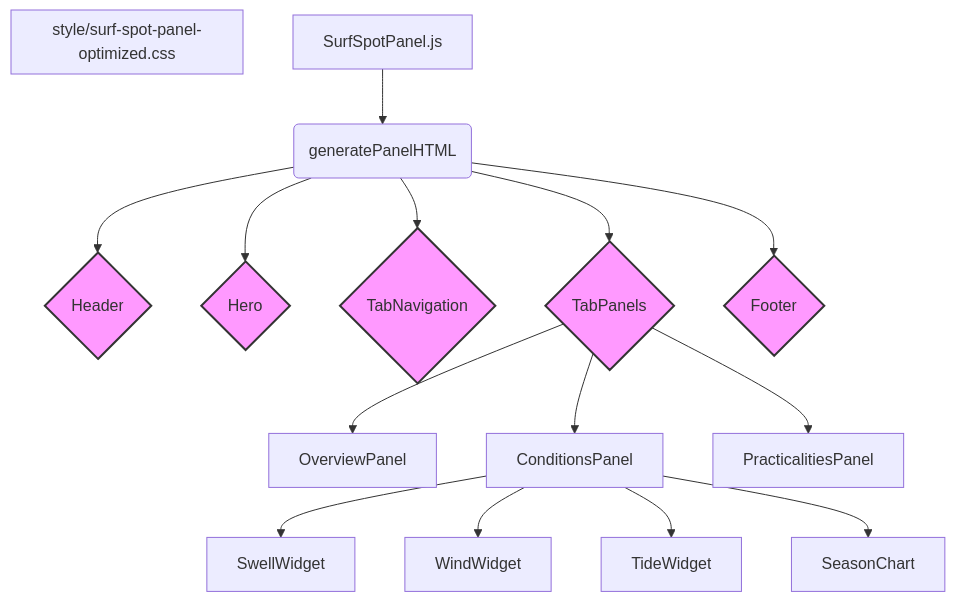
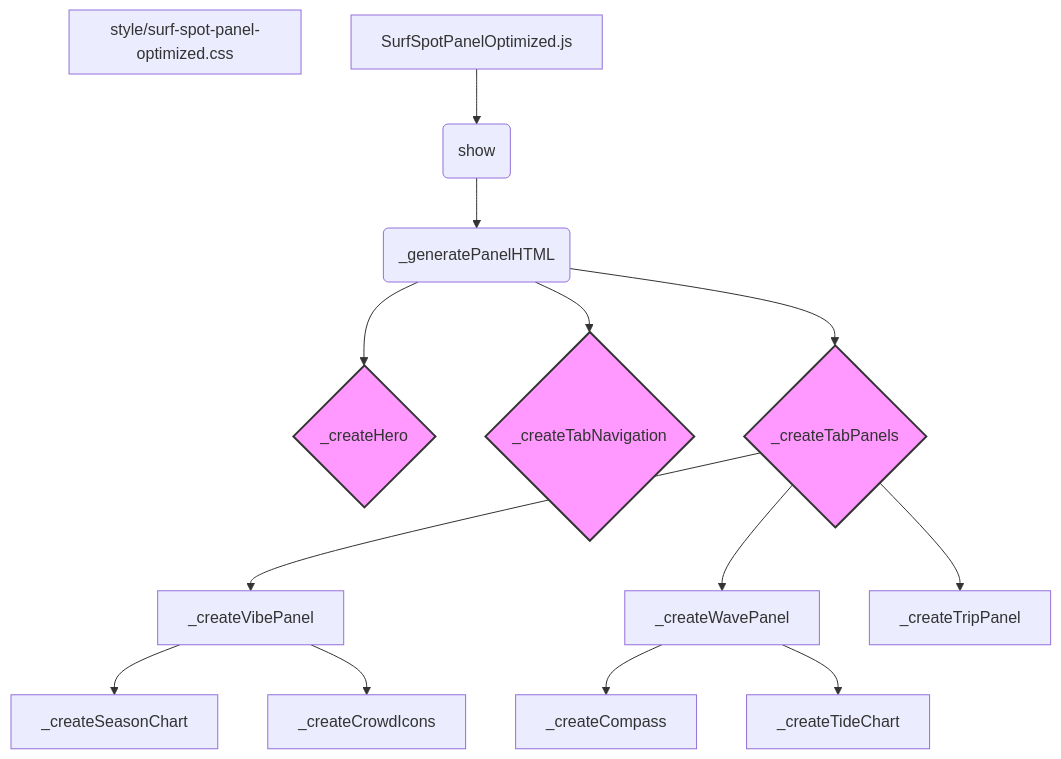
One commit to froggeric/lavolcanica.com changed the diagram in docs/surf-spot-panel-plan.md. Above: the diagram before and after it, drawn with Mermaid. The commit also changed other lines of this file and 7 other files, not shown here.

First line of the commit message:
1.10.0 Redesign and Refine Surf Spot Panel

````diff
--- a/docs/surf-spot-panel-plan.md
+++ b/docs/surf-spot-panel-plan.md
@@ -65,24 +57,21 @@
 ```mermaid
 graph TD
-    A[SurfSpotPanel.js] --> B(generatePanelHTML);
-    B --> C{Header};
-    B --> D{Hero};
-    B --> E{TabNavigation};
-    B --> F{TabPanels};
-    F --> G[OverviewPanel];
-    F --> H[ConditionsPanel];
-    H --> H1[SwellWidget];
-    H --> H2[WindWidget];
-    H --> H3[TideWidget];
-    H --> H4[SeasonChart];
-    F --> I[PracticalitiesPanel];
-    B --> J{Footer};
+    A[SurfSpotPanelOptimized.js] --> B(show);
+    B --> C(_generatePanelHTML);
+    C --> D{_createHero};
+    C --> E{_createTabNavigation};
+    C --> F{_createTabPanels};
+    F --> G[_createVibePanel];
+    G --> G1[_createSeasonChart];
+    G --> G2[_createCrowdIcons];
+    F --> H[_createWavePanel];
+    H --> H1[_createCompass];
+    H --> H2[_createTideChart];
+    F --> I[_createTripPanel];
 
     subgraph "style/surf-spot-panel-optimized.css"
-        style C fill:#f9f,stroke:#333,stroke-width:2px;
         style D fill:#f9f,stroke:#333,stroke-width:2px;
         style E fill:#f9f,stroke:#333,stroke-width:2px;
         style F fill:#f9f,stroke:#333,stroke-width:2px;
-        style J fill:#f9f,stroke:#333,stroke-width:2px;
     end
 ```
````
